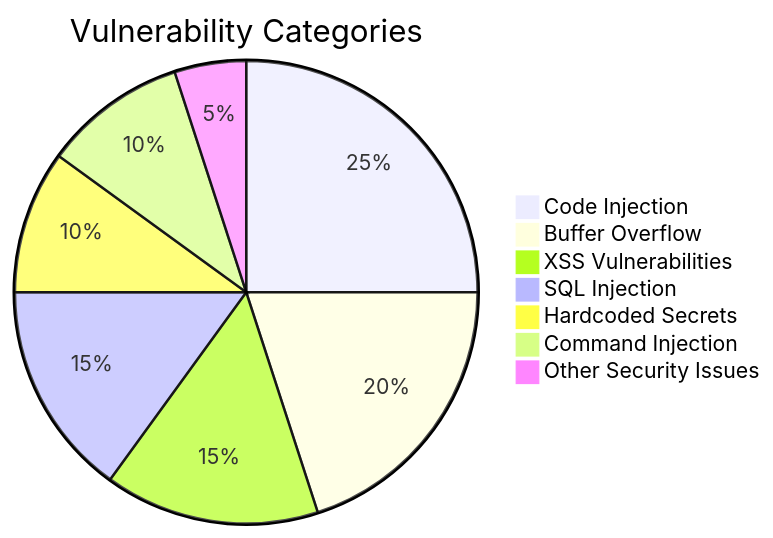
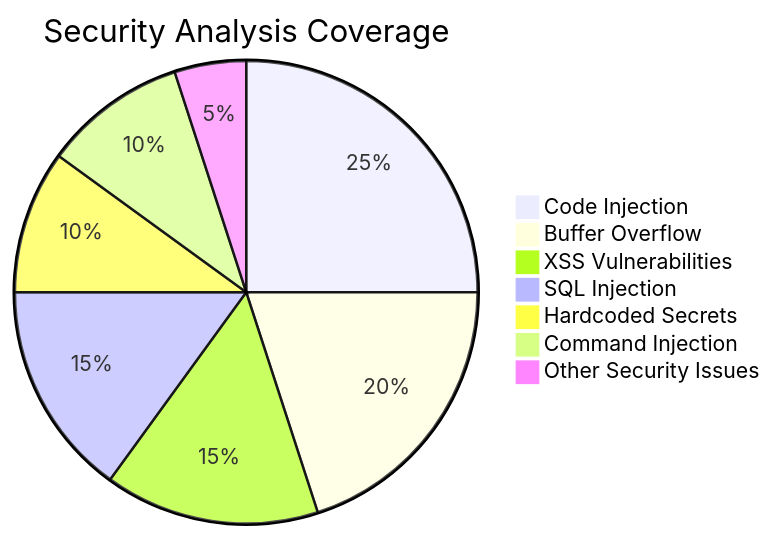
One commit to ZeroHack01/CodeGuard changed the first of 2 diagrams in README.md. Above: the diagram before and after it, drawn with Mermaid. The commit also changed other lines of this file, not shown here.

````diff
--- a/README.md
+++ b/README.md
@@ -151,10 +114,10 @@
 ```mermaid
-pie title Vulnerability Categories
+pie title Security Analysis Coverage
     "Code Injection" : 25
     "Buffer Overflow" : 20
     "XSS Vulnerabilities" : 15
     "SQL Injection" : 15
     "Hardcoded Secrets" : 10
     "Command Injection" : 10
     "Other Security Issues" : 5
 ```
````
